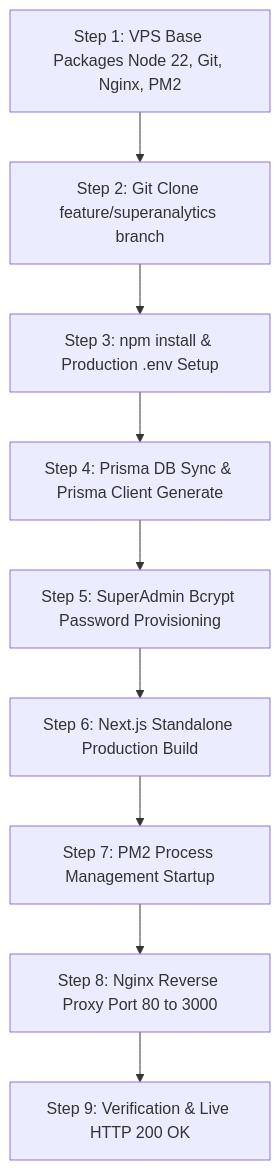
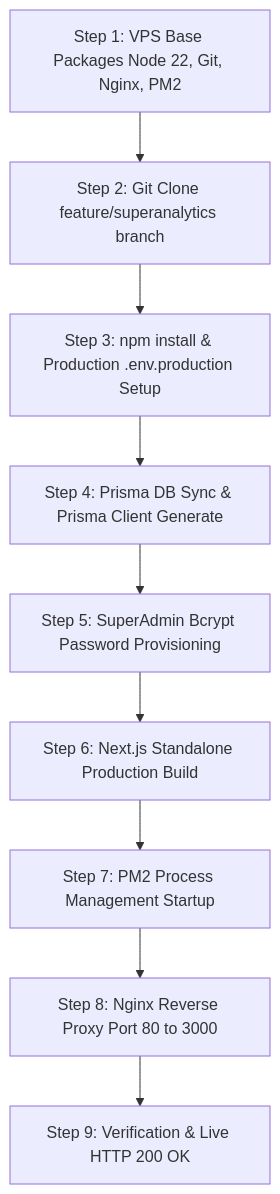
One commit to hkhitesh19-ui/CustomerPilot changed the diagram in HOSTINGER_VPS_DEPLOYMENT_REPORT.md. Above: the diagram before and after it, drawn with Mermaid. The commit also changed other lines of this file and 4 other files, not shown here.

Commit message:
docs: standardize .env.production as canonical credentials file across all system documentation

````diff
--- a/HOSTINGER_VPS_DEPLOYMENT_REPORT.md
+++ b/HOSTINGER_VPS_DEPLOYMENT_REPORT.md
@@ -29,11 +29,11 @@
 ```mermaid
 graph TD
     A[Step 1: VPS Base Packages Node 22, Git, Nginx, PM2] --> B[Step 2: Git Clone feature/superanalytics branch]
-    B --> C[Step 3: npm install & Production .env Setup]
+    B --> C[Step 3: npm install & Production .env.production Setup]
     C --> D[Step 4: Prisma DB Sync & Prisma Client Generate]
     D --> E[Step 5: SuperAdmin Bcrypt Password Provisioning]
     E --> F[Step 6: Next.js Standalone Production Build]
     F --> G[Step 7: PM2 Process Management Startup]
     G --> H[Step 8: Nginx Reverse Proxy Port 80 to 3000]
     H --> I[Step 9: Verification & Live HTTP 200 OK]
 ```
````
